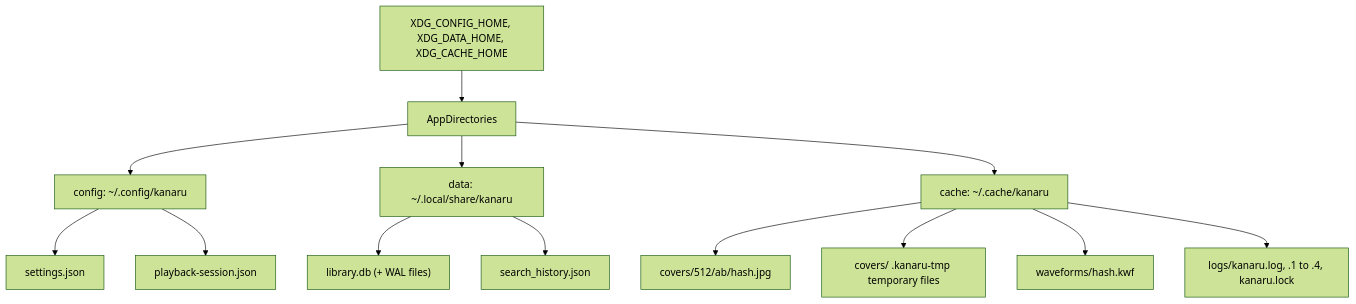
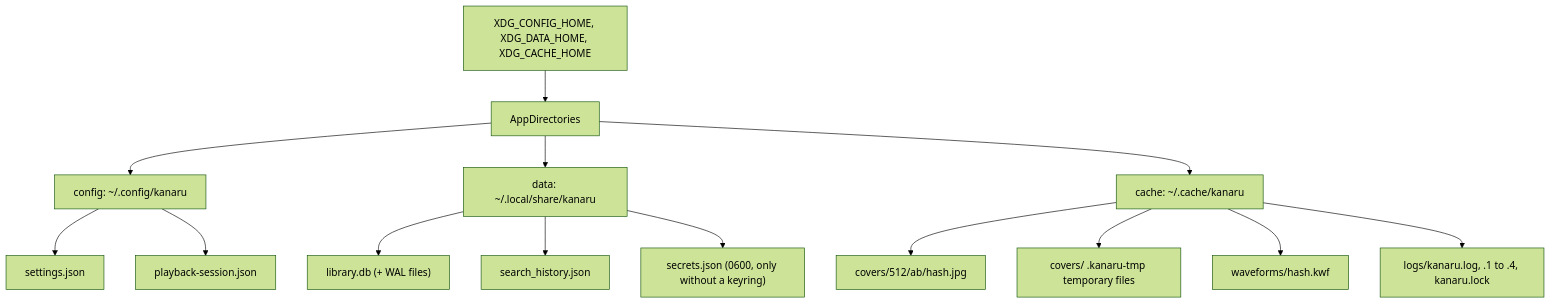
Before and after one commit to kanaru313/kanaru: the sixth of 8 diagrams in docs/system-architecture.md, drawn with Mermaid (forest theme). The commit also changed other lines of this file and 29 other files, not shown here.

````diff
--- a/docs/system-architecture.md
+++ b/docs/system-architecture.md
@@ -342,15 +342,16 @@
 ```mermaid
 flowchart TB
     Env["XDG_CONFIG_HOME, XDG_DATA_HOME, XDG_CACHE_HOME"] --> Res["AppDirectories"]
     Res --> Cfg["config: ~/.config/kanaru"]
     Res --> Data["data: ~/.local/share/kanaru"]
     Res --> Cache["cache: ~/.cache/kanaru"]
     Cfg --> Settings["settings.json"]
     Cfg --> Session["playback-session.json"]
     Data --> Lib["library.db (+ WAL files)"]
     Data --> SearchHist["search_history.json"]
+    Data --> Secrets["secrets.json (0600, only without a keyring)"]
     Cache --> Covers["covers/512/ab/hash.jpg"]
     Cache --> Tmp["covers/ .kanaru-tmp temporary files"]
     Cache --> Waves["waveforms/hash.kwf"]
     Cache --> Logs["logs/kanaru.log, .1 to .4, kanaru.lock"]
 ```
````
